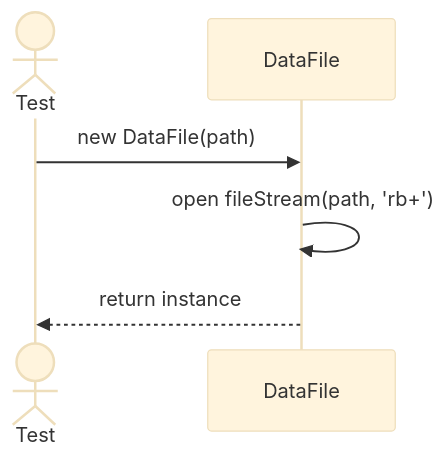
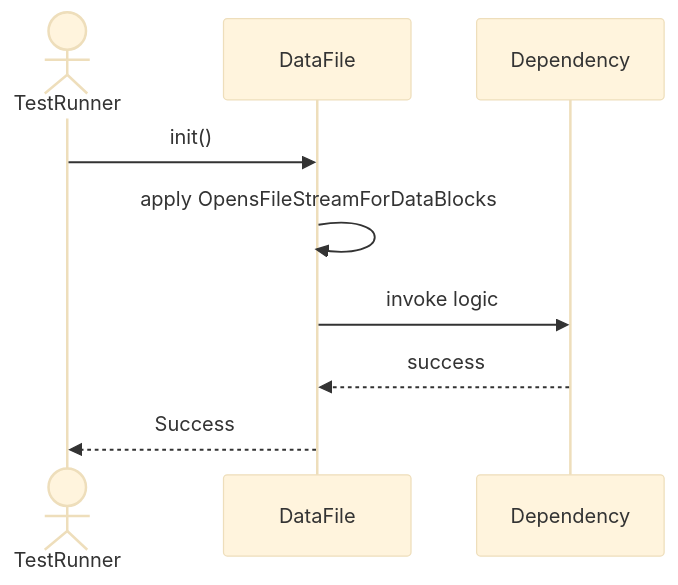
Before and after one commit to TamBui1706/DBMS: the first of 5 diagrams in Sequences/StorageEngine/DataFile.md, drawn with Mermaid (base theme). The commit also changed other lines of this file and 63 other files, not shown here.

Commit message:
Draw sequence diagram for unit tests

````diff
--- a/Sequences/StorageEngine/DataFile.md
+++ b/Sequences/StorageEngine/DataFile.md
@@ -14,9 +17,10 @@
 ```mermaid
 sequenceDiagram
-    actor Test
+    actor TestRunner
     participant DataFile
-
-    Test->>DataFile: new DataFile(path)
-    DataFile->>DataFile: open fileStream(path, 'rb+')
-    DataFile-->>Test: return instance
+    TestRunner->>DataFile: init()
+    DataFile->>DataFile: apply OpensFileStreamForDataBlocks
+    DataFile->>Dependency: invoke logic
+    Dependency-->>DataFile: success
+    DataFile-->>TestRunner: Success
 ```
````
